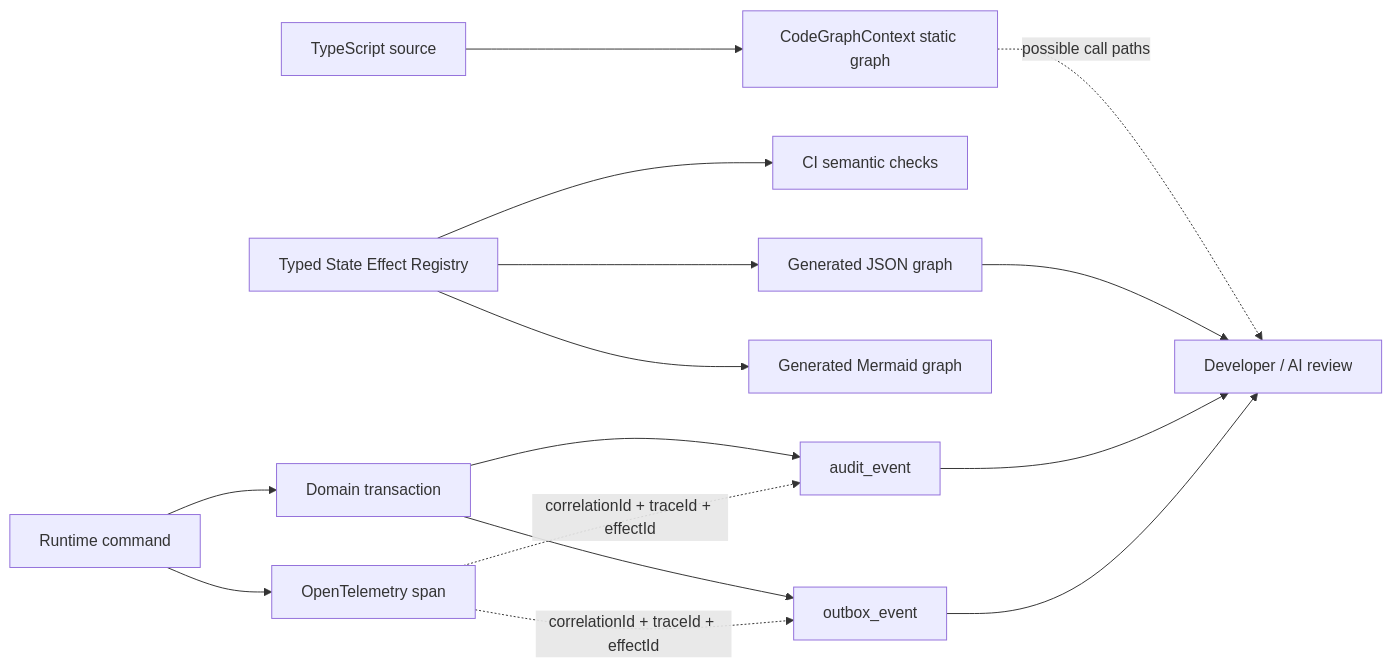
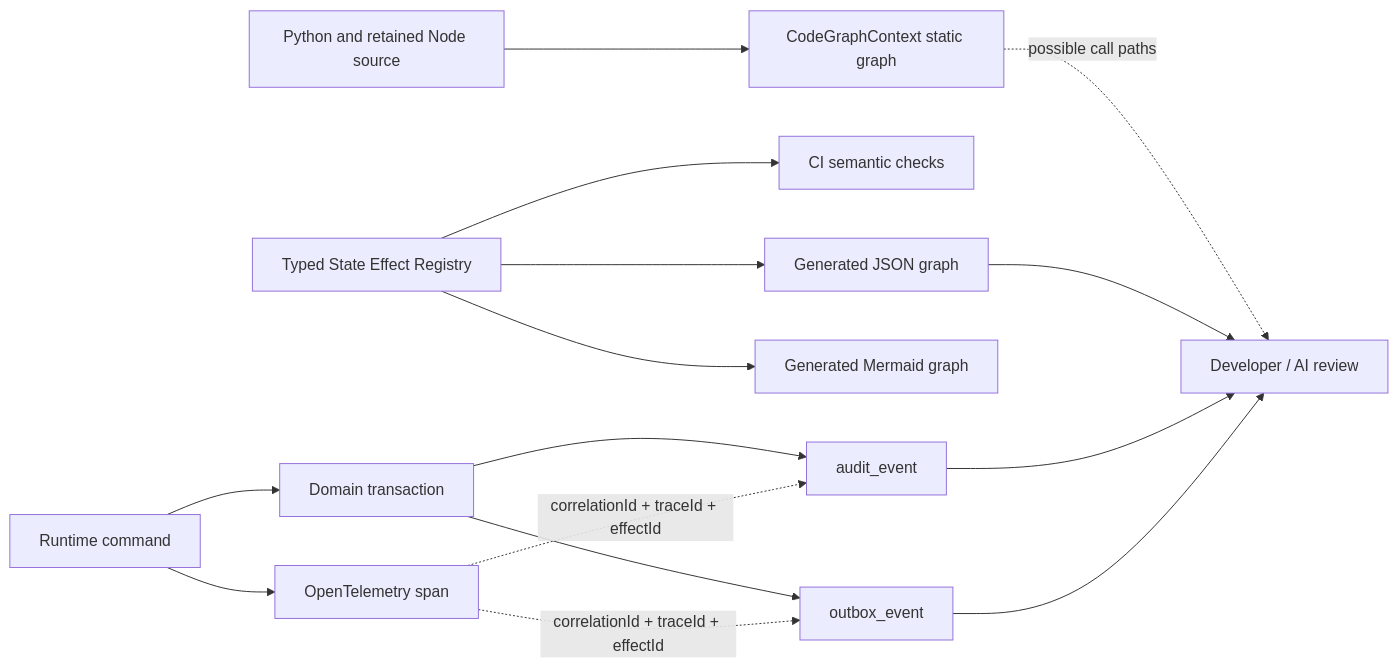
The diagram in docs/13-crm-change-graph.md (dhairya2801/audentra-platform-demo), drawn with Mermaid before and after one commit. The commit also changed other lines of this file and 270 other files, not shown here.

````diff
--- a/docs/13-crm-change-graph.md
+++ b/docs/13-crm-change-graph.md
@@ -22,17 +23,17 @@
 ```mermaid
 flowchart LR
-  TS["TypeScript source"] --> CGC["CodeGraphContext static graph"]
+  CODE["Python and retained Node source"] --> CGC["CodeGraphContext static graph"]
   REG["Typed State Effect Registry"] --> CHECKS["CI semantic checks"]
   REG --> JSON["Generated JSON graph"]
   REG --> MMD["Generated Mermaid graph"]
   API["Runtime command"] --> OTEL["OpenTelemetry span"]
   API --> TX["Domain transaction"]
   TX --> AUDIT["audit_event"]
   TX --> OUTBOX["outbox_event"]
   OTEL -. "correlationId + traceId + effectId" .-> AUDIT
   OTEL -. "correlationId + traceId + effectId" .-> OUTBOX
   CGC -. "possible call paths" .-> REVIEW["Developer / AI review"]
   JSON --> REVIEW
   AUDIT --> REVIEW
   OUTBOX --> REVIEW
 ```
````
